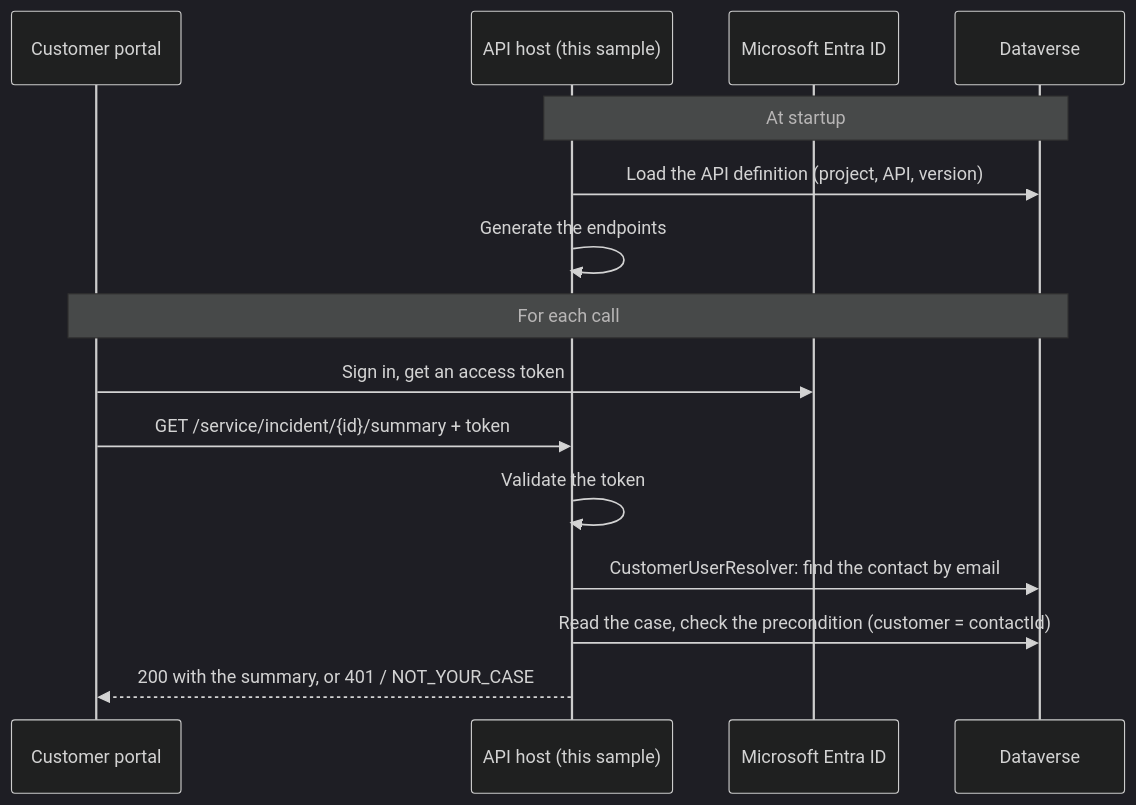
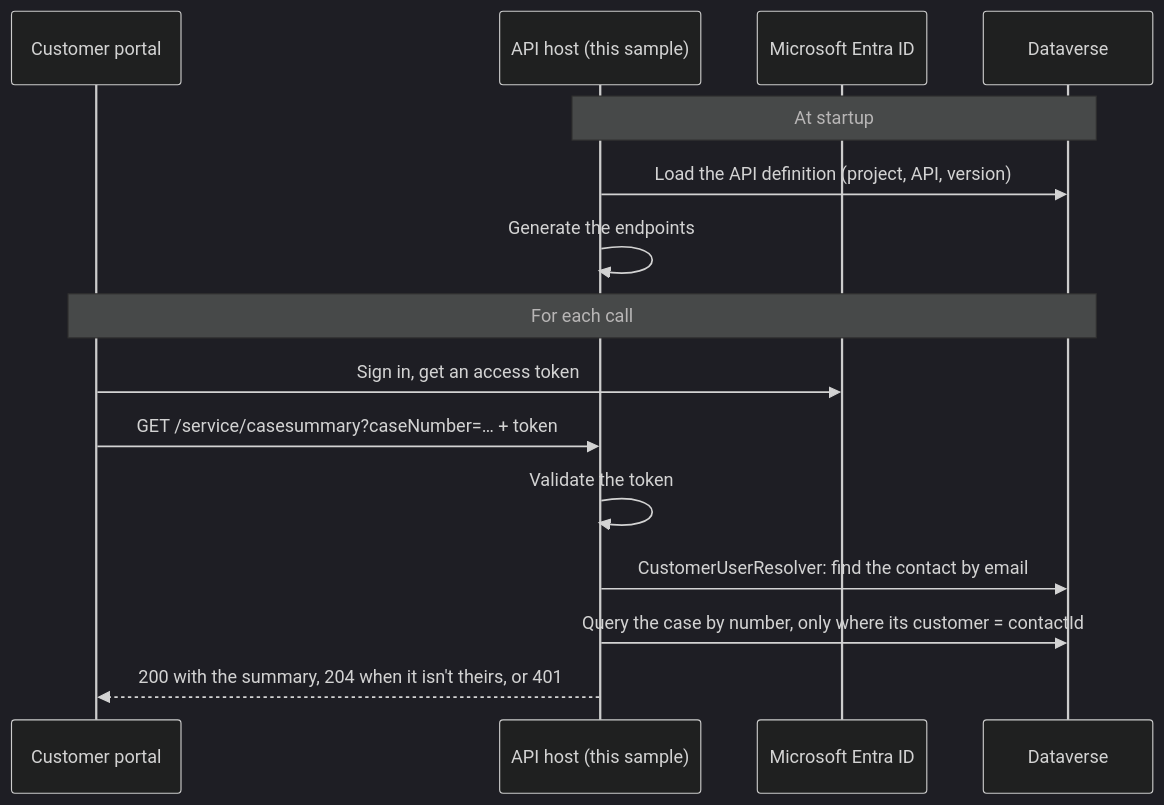
The diagram in README.md (flowon-official/logic-fabric-samples), drawn with Mermaid (dark theme) before and after one commit. The commit also changed other lines of this file and 12 other files, not shown here.

````diff
--- a/README.md
+++ b/README.md
@@ -40,19 +40,19 @@
 ```mermaid
 sequenceDiagram
     participant Portal as Customer portal
     participant Host as API host (this sample)
     participant Entra as Microsoft Entra ID
     participant DV as Dataverse
 
     Note over Host,DV: At startup
     Host->>DV: Load the API definition (project, API, version)
     Host->>Host: Generate the endpoints
 
     Note over Portal,DV: For each call
     Portal->>Entra: Sign in, get an access token
-    Portal->>Host: GET /service/incident/{id}/summary + token
+    Portal->>Host: GET /service/casesummary?caseNumber=… + token
     Host->>Host: Validate the token
     Host->>DV: CustomerUserResolver: find the contact by email
-    Host->>DV: Read the case, check the precondition (customer = contactId)
-    Host-->>Portal: 200 with the summary, or 401 / NOT_YOUR_CASE
+    Host->>DV: Query the case by number, only where its customer = contactId
+    Host-->>Portal: 200 with the summary, 204 when it isn't theirs, or 401
 ```
````
